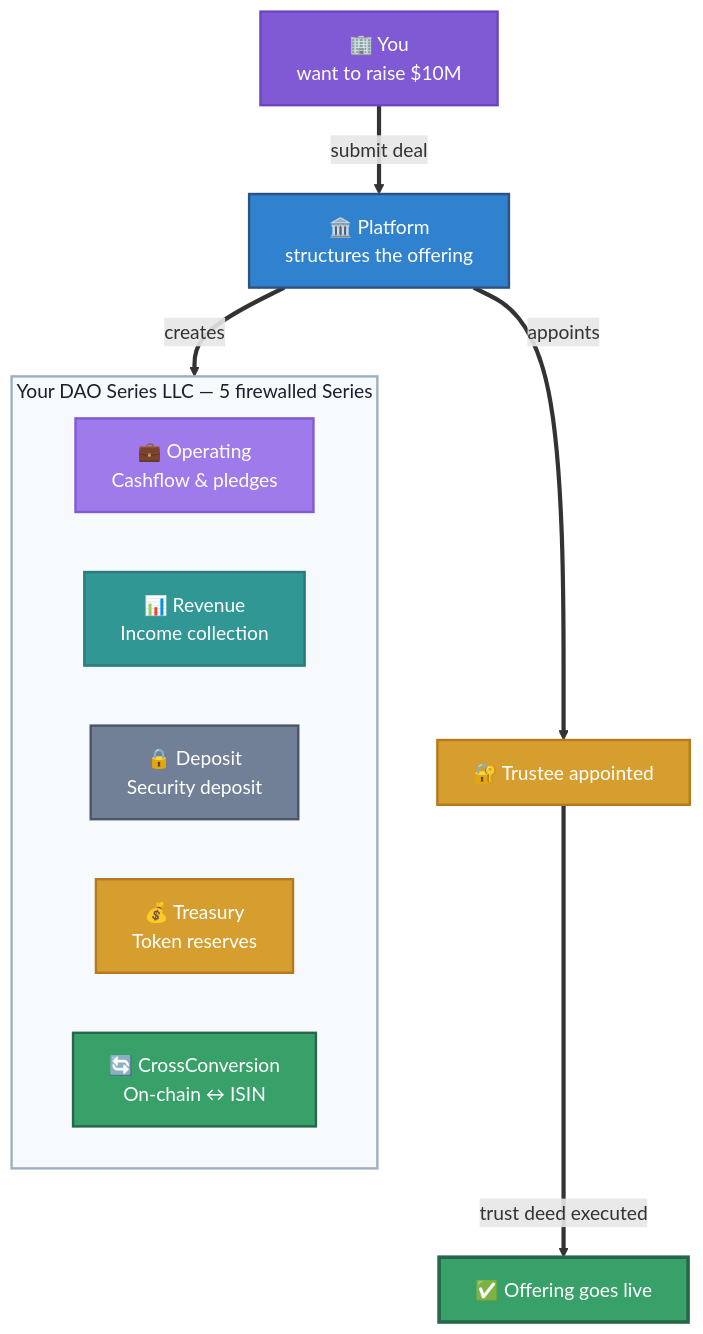
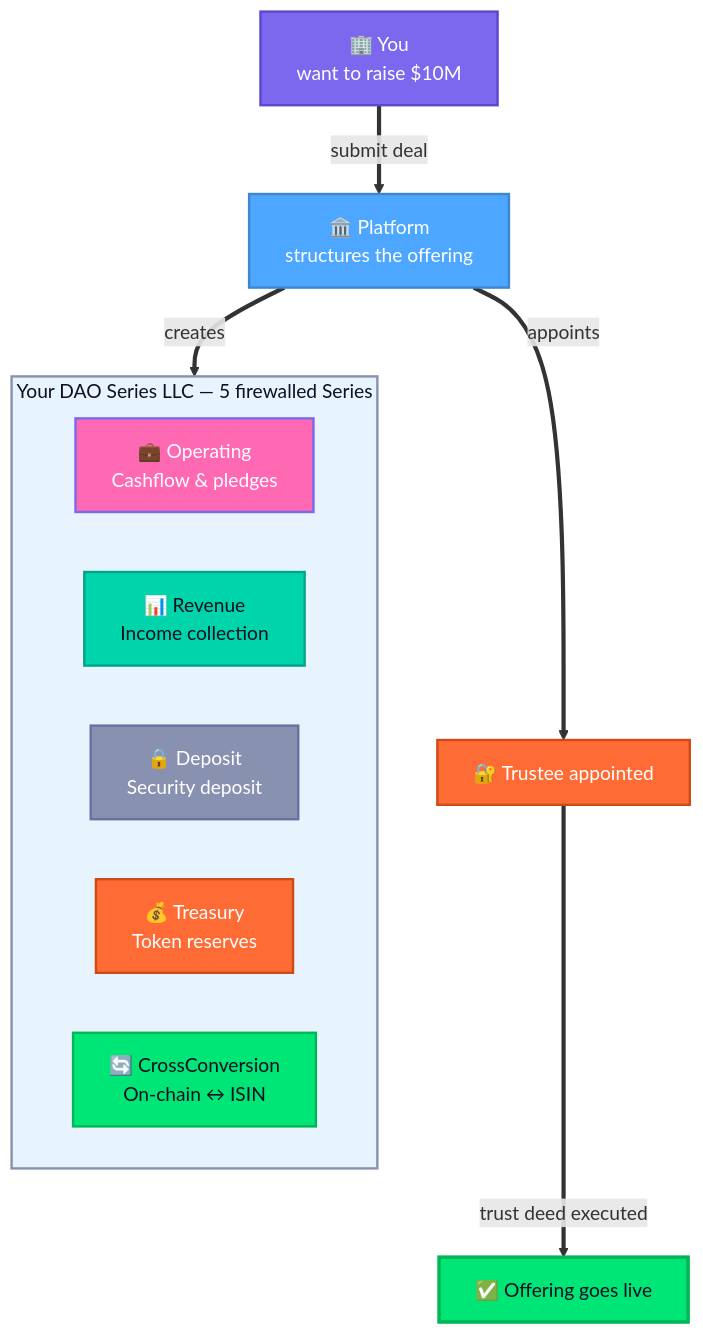
The first of 16 diagrams in hugo-site/content/_index.fr.md (hrbrlife/sailsto_website), drawn with Mermaid before and after one commit. The commit also changed other lines of this file and 9 other files, not shown here.

```diff
--- a/hugo-site/content/_index.fr.md
+++ b/hugo-site/content/_index.fr.md
@@ -320,28 +320,28 @@
 <div class="mermaid">
 flowchart TD
     YOU["🏢 You&lt;br/&gt;want to raise $10M"]
     PLAT["🏛️ Platform&lt;br/&gt;structures the offering"]
     subgraph DAO["Your DAO Series LLC — 5 firewalled Series"]
         OPS["💼 Operating&lt;br/&gt;Cashflow &amp; pledges"]
         REV["📊 Revenue&lt;br/&gt;Income collection"]
         DEP["🔒 Deposit&lt;br/&gt;Security deposit"]
         TRS["💰 Treasury&lt;br/&gt;Token reserves"]
         CCS["🔄 CrossConversion&lt;br/&gt;On-chain ↔ ISIN"]
     end
     TRU["🔐 Trustee appointed"]
     LIVE["✅ Offering goes live"]
     YOU ==>|"submit deal"| PLAT
     PLAT ==>|"creates"| DAO
     PLAT ==>|"appoints"| TRU
     TRU ==>|"trust deed executed"| LIVE
-    style YOU fill:#805ad5,color:#fff,stroke:#6b46c1,stroke-width:2px
-    style PLAT fill:#3182ce,color:#fff,stroke:#2c5282,stroke-width:2px
-    style DAO fill:#f7fafc,color:#1a202c,stroke:#a0aec0,stroke-width:2px
-    style OPS fill:#9f7aea,color:#fff,stroke:#805ad5,stroke-width:2px
-    style REV fill:#319795,color:#fff,stroke:#2c7a7b,stroke-width:2px
-    style DEP fill:#718096,color:#fff,stroke:#4a5568,stroke-width:2px
-    style TRS fill:#d69e2e,color:#fff,stroke:#b7791f,stroke-width:2px
-    style CCS fill:#38a169,color:#fff,stroke:#276749,stroke-width:2px
-    style TRU fill:#d69e2e,color:#fff,stroke:#b7791f,stroke-width:2px
-    style LIVE fill:#38a169,color:#fff,stroke:#276749,stroke-width:3px
+    style YOU fill:#7B68EE,color:#fff,stroke:#5B48CE,stroke-width:2px
+    style PLAT fill:#4DA6FF,color:#fff,stroke:#3D86CF,stroke-width:2px
+    style DAO fill:#E8F4FD,color:#0F0F23,stroke:#8892B0,stroke-width:2px
+    style OPS fill:#FF69B4,color:#fff,stroke:#7B68EE,stroke-width:2px
+    style REV fill:#00D4AA,color:#0F0F23,stroke:#00A488,stroke-width:2px
+    style DEP fill:#8892B0,color:#fff,stroke:#6872A0,stroke-width:2px
+    style TRS fill:#FF6B35,color:#fff,stroke:#CF4B15,stroke-width:2px
+    style CCS fill:#00E676,color:#0F0F23,stroke:#00B656,stroke-width:2px
+    style TRU fill:#FF6B35,color:#fff,stroke:#CF4B15,stroke-width:2px
+    style LIVE fill:#00E676,color:#0F0F23,stroke:#00B656,stroke-width:3px
 </div>
```
